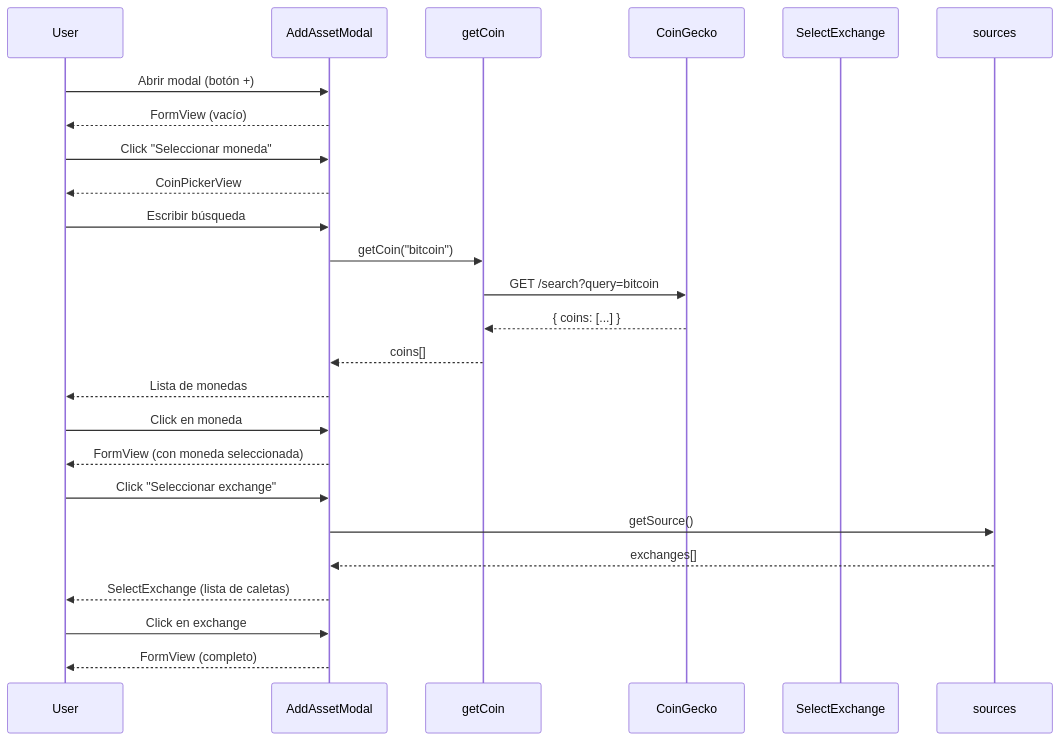
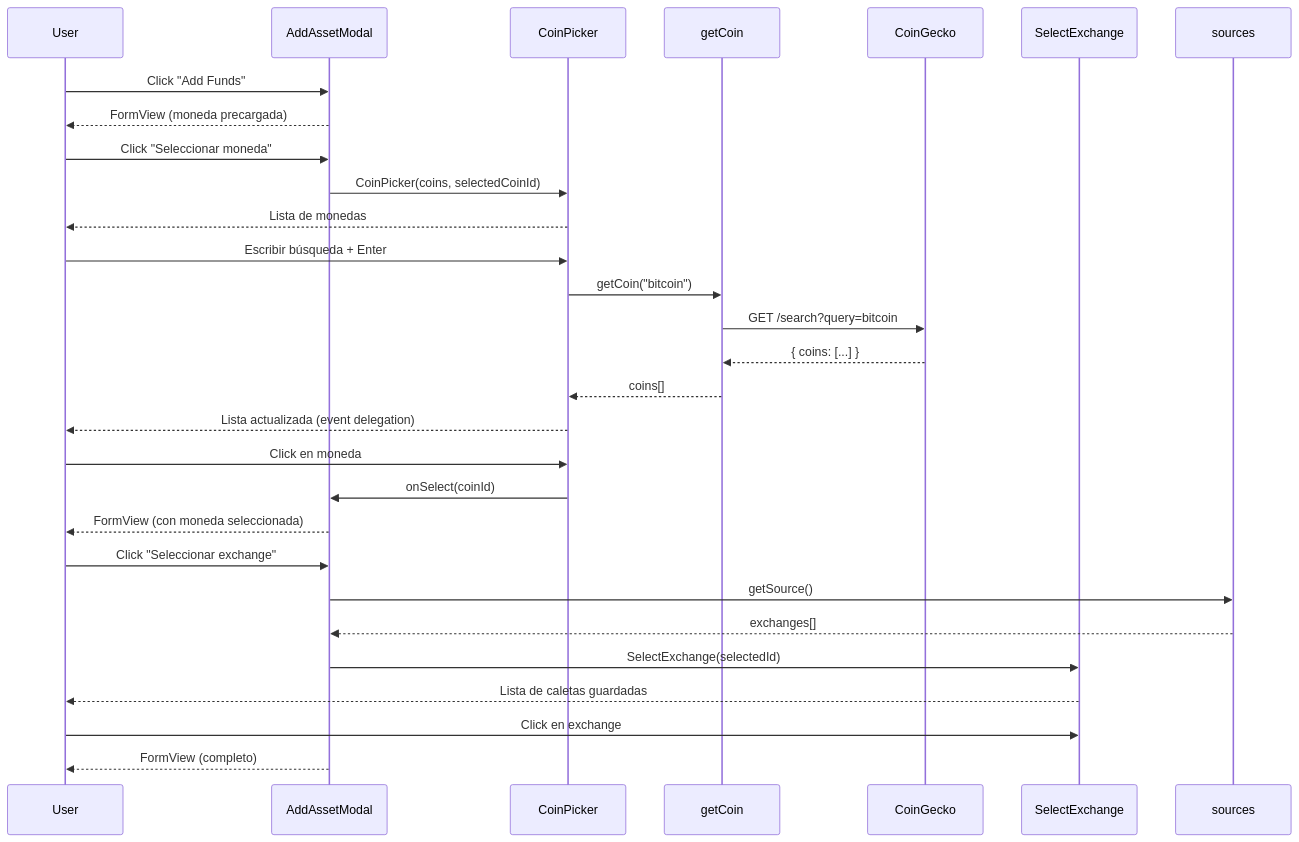
Before and after one commit to EdGonzz/caletaJS: the third of 4 diagrams in docs/arquitectura/flujo-de-datos.md, drawn with Mermaid. The commit also changed other lines of this file and 14 other files, not shown here.

````diff
--- a/docs/arquitectura/flujo-de-datos.md
+++ b/docs/arquitectura/flujo-de-datos.md
@@ -80,33 +92,37 @@
 ```mermaid
 sequenceDiagram
     participant User
     participant Modal as AddAssetModal
+    participant CoinPicker
     participant getCoin
     participant API as CoinGecko
     participant SelectEx as SelectExchange
     participant sources
 
-    User->>Modal: Abrir modal (botón +)
-    Modal-->>User: FormView (vacío)
+    User->>Modal: Click "Add Funds"
+    Modal-->>User: FormView (moneda precargada)
 
     User->>Modal: Click "Seleccionar moneda"
-    Modal-->>User: CoinPickerView
+    Modal->>CoinPicker: CoinPicker(coins, selectedCoinId)
+    CoinPicker-->>User: Lista de monedas
 
-    User->>Modal: Escribir búsqueda
-    Modal->>getCoin: getCoin("bitcoin")
+    User->>CoinPicker: Escribir búsqueda + Enter
+    CoinPicker->>getCoin: getCoin("bitcoin")
     getCoin->>API: GET /search?query=bitcoin
     API-->>getCoin: { coins: [...] }
-    getCoin-->>Modal: coins[]
-    Modal-->>User: Lista de monedas
+    getCoin-->>CoinPicker: coins[]
+    CoinPicker-->>User: Lista actualizada (event delegation)
 
-    User->>Modal: Click en moneda
+    User->>CoinPicker: Click en moneda
+    CoinPicker->>Modal: onSelect(coinId)
     Modal-->>User: FormView (con moneda seleccionada)
 
     User->>Modal: Click "Seleccionar exchange"
     Modal->>sources: getSource()
     sources-->>Modal: exchanges[]
-    Modal-->>User: SelectExchange (lista de caletas)
+    Modal->>SelectEx: SelectExchange(selectedId)
+    SelectEx-->>User: Lista de caletas guardadas
 
-    User->>Modal: Click en exchange
+    User->>SelectEx: Click en exchange
     Modal-->>User: FormView (completo)
 ```
````
